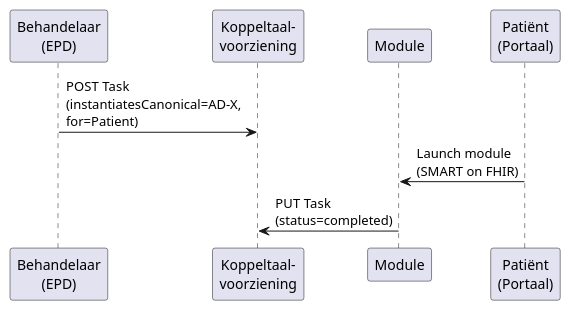
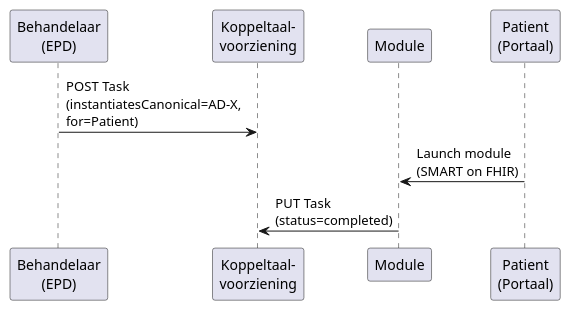
The diagram in input/images-source/memo-sr-koppeltaal-flow.plantuml (vzvznl/Koppeltaal-2.0-FHIR), drawn with PlantUML before and after one commit. The commit also changed 3 other files, not shown here.

First line of the commit message:
docs: unicode tekens vervangen in PlantUML bestanden

```diff
--- a/input/images-source/memo-sr-koppeltaal-flow.plantuml
+++ b/input/images-source/memo-sr-koppeltaal-flow.plantuml
@@ -1,14 +1,14 @@
 @startuml memo-sr-koppeltaal-flow
 
 participant "Behandelaar\n(EPD)" as EPD
 participant "Koppeltaal-\nvoorziening" as KT
 participant "Module" as Module
-participant "Patiënt\n(Portaal)" as Patient
+participant "Patient\n(Portaal)" as Patient
 
 EPD -> KT : POST Task\n(instantiatesCanonical=AD-X,\nfor=Patient)
 
 Patient -> Module : Launch module\n(SMART on FHIR)
 
 Module -> KT : PUT Task\n(status=completed)
 
 @enduml
```
